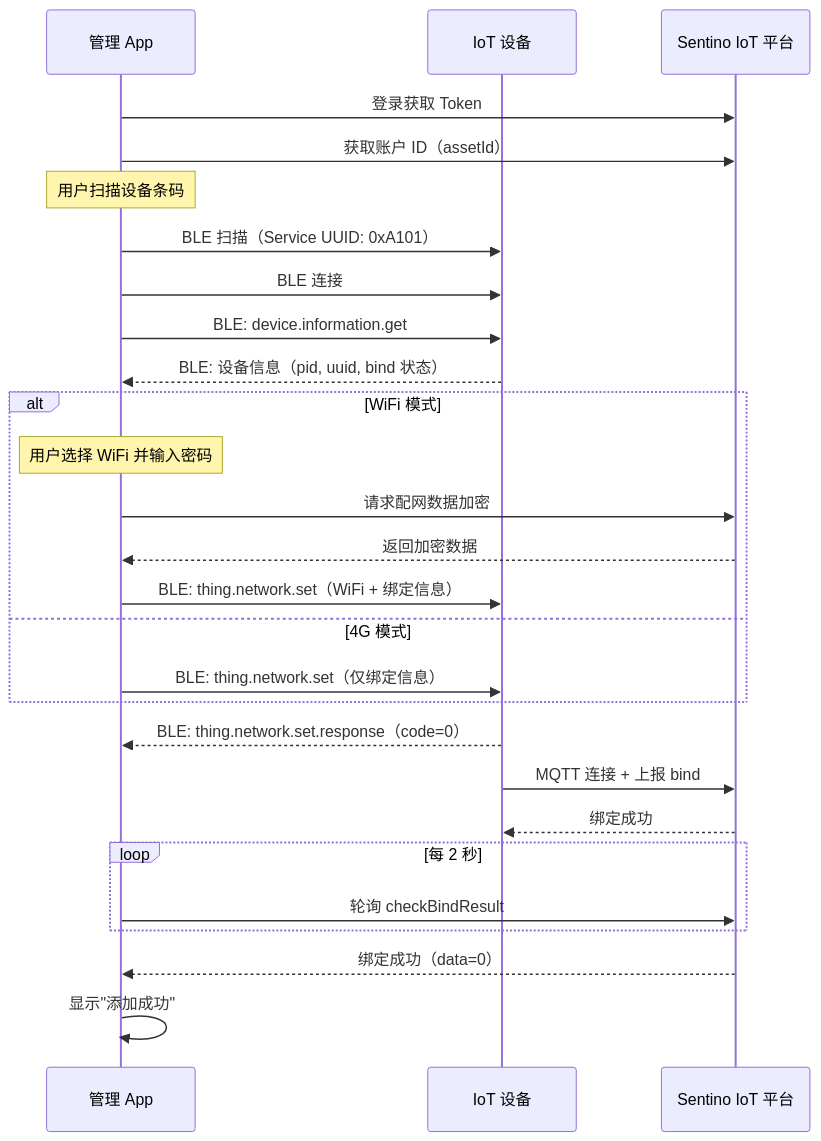
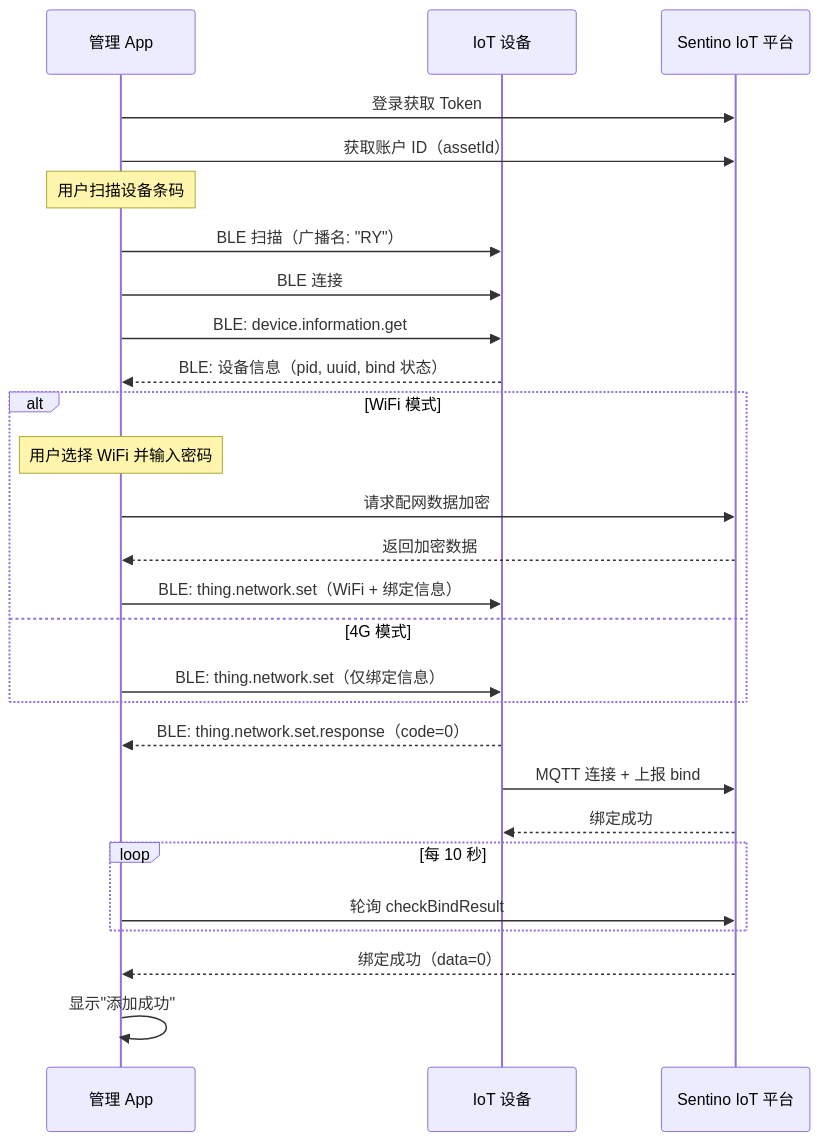
The third of 4 diagrams in guide-app.md (sentino-jp/iot-docs), drawn with Mermaid before and after one commit. The commit also changed other lines of this file and 4 other files, not shown here.

````diff
--- a/guide-app.md
+++ b/guide-app.md
@@ -326,35 +326,35 @@
 ```mermaid
 sequenceDiagram
     participant App as 管理 App
     participant Device as IoT 设备
     participant Cloud as Sentino IoT 平台
 
     App->>Cloud: 登录获取 Token
     App->>Cloud: 获取账户 ID（assetId）
     Note over App: 用户扫描设备条码
 
-    App->>Device: BLE 扫描（Service UUID: 0xA101）
+    App->>Device: BLE 扫描（广播名: "RY"）
     App->>Device: BLE 连接
     App->>Device: BLE: device.information.get
     Device-->>App: BLE: 设备信息（pid, uuid, bind 状态）
 
     alt WiFi 模式
         Note over App: 用户选择 WiFi 并输入密码
         App->>Cloud: 请求配网数据加密
         Cloud-->>App: 返回加密数据
         App->>Device: BLE: thing.network.set（WiFi + 绑定信息）
     else 4G 模式
         App->>Device: BLE: thing.network.set（仅绑定信息）
     end
 
     Device-->>App: BLE: thing.network.set.response（code=0）
 
     Device->>Cloud: MQTT 连接 + 上报 bind
     Cloud-->>Device: 绑定成功
 
-    loop 每 2 秒
+    loop 每 10 秒
         App->>Cloud: 轮询 checkBindResult
     end
     Cloud-->>App: 绑定成功（data=0）
     App->>App: 显示"添加成功"
 ```
````
